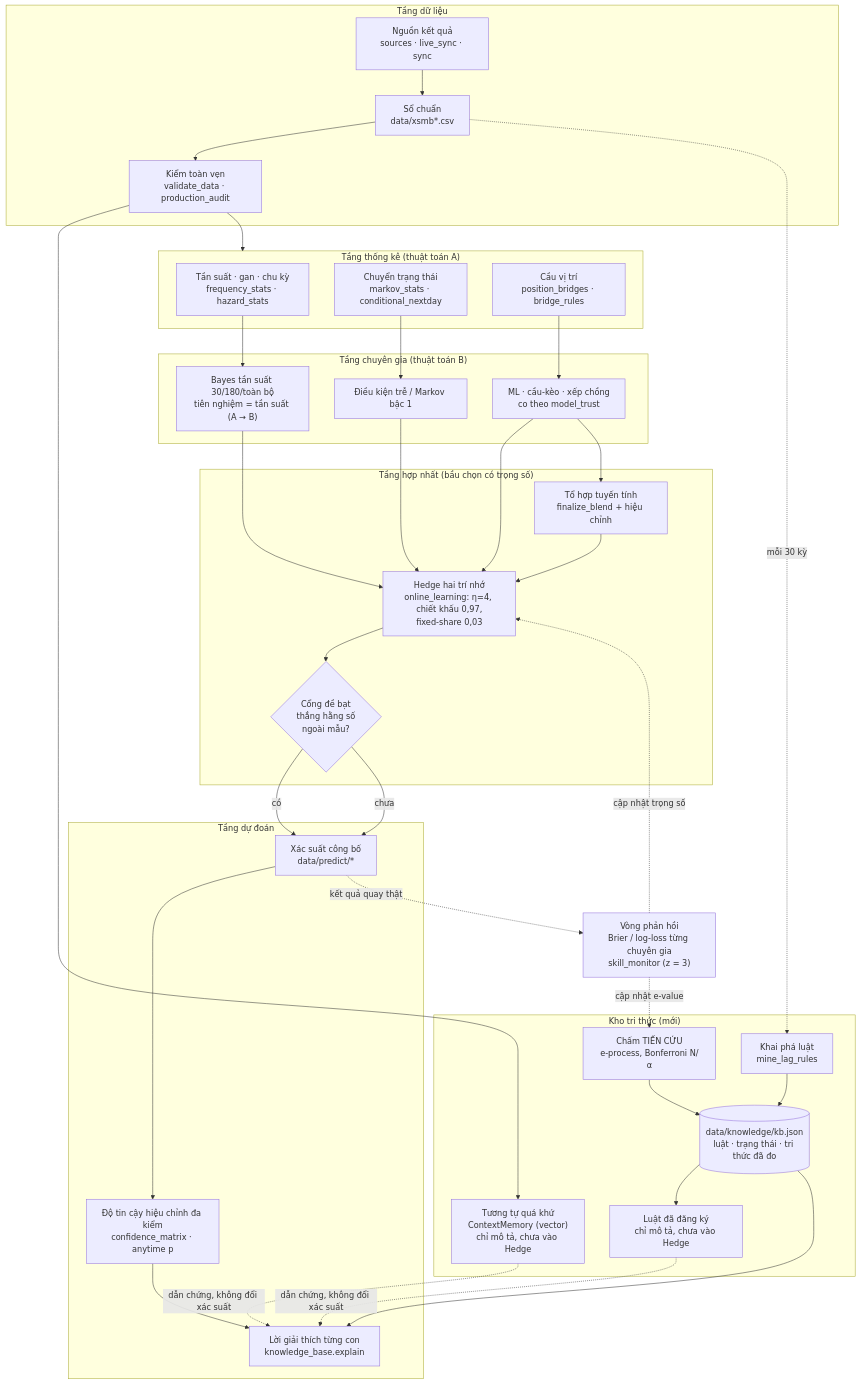
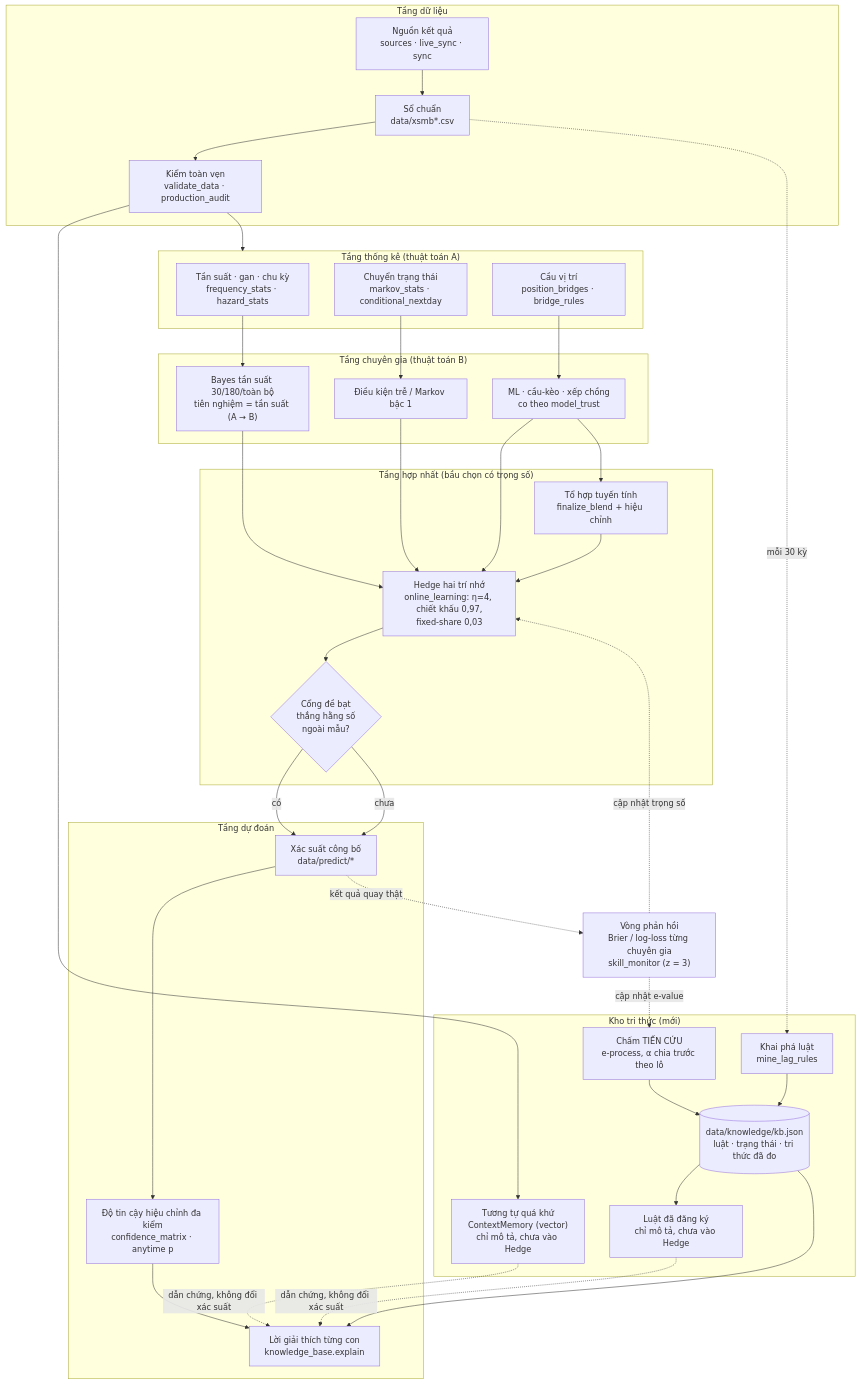
One commit to beuvivu/VLA changed the first of 2 diagrams in documentation/architecture/2026-10-13-he-suy-luan-va-tu-hoc.md. Above: the diagram before and after it, drawn with Mermaid. The commit also changed other lines of this file and 4 other files, not shown here.

First line of the commit message:
Kho tri thức: α chia trước theo lô, 15 họ Confidence qua Holm trước khi gọi là bằng chứng

````diff
--- a/documentation/architecture/2026-10-13-he-suy-luan-va-tu-hoc.md
+++ b/documentation/architecture/2026-10-13-he-suy-luan-va-tu-hoc.md
@@ -32,59 +32,59 @@
 ```mermaid
 flowchart TD
     subgraph INGEST["Tầng dữ liệu"]
         SRC["Nguồn kết quả<br/>sources · live_sync · sync"] --> CANON["Sổ chuẩn<br/>data/xsmb*.csv"]
         CANON --> VALID["Kiểm toàn vẹn<br/>validate_data · production_audit"]
     end
 
     subgraph STATS["Tầng thống kê (thuật toán A)"]
         FREQ["Tần suất · gan · chu kỳ<br/>frequency_stats · hazard_stats"]
         MARKOV["Chuyển trạng thái<br/>markov_stats · conditional_nextday"]
         BRIDGE["Cầu vị trí<br/>position_bridges · bridge_rules"]
     end
 
     subgraph EXPERTS["Tầng chuyên gia (thuật toán B)"]
         BAYES["Bayes tần suất 30/180/toàn bộ<br/>tiên nghiệm = tần suất (A → B)"]
         LAG["Điều kiện trễ / Markov bậc 1"]
         ML["ML · cầu-kèo · xếp chồng<br/>co theo model_trust"]
     end
 
     subgraph FUSE["Tầng hợp nhất (bầu chọn có trọng số)"]
         BLEND["Tổ hợp tuyến tính<br/>finalize_blend + hiệu chỉnh"]
         HEDGE["Hedge hai trí nhớ<br/>online_learning: η=4, chiết khấu 0,97,<br/>fixed-share 0,03"]
         GATE{"Cổng đề bạt<br/>thắng hằng số<br/>ngoài mẫu?"}
     end
 
     subgraph OUT["Tầng dự đoán"]
         PRED["Xác suất công bố<br/>data/predict/*"]
         CONF["Độ tin cậy hiệu chỉnh đa kiểm<br/>confidence_matrix · anytime p"]
         XAI["Lời giải thích từng con<br/>knowledge_base.explain"]
     end
 
     subgraph KB["Kho tri thức (mới)"]
         MINE["Khai phá luật<br/>mine_lag_rules"]
         STORE[("data/knowledge/kb.json<br/>luật · trạng thái · tri thức đã đo")]
-        SCORE["Chấm TIẾN CỨU<br/>e-process, Bonferroni N/α"]
+        SCORE["Chấm TIẾN CỨU<br/>e-process, α chia trước theo lô"]
         ANALOG["Tương tự quá khứ<br/>ContextMemory (vector)<br/>chỉ mô tả, chưa vào Hedge"]
         RULES["Luật đã đăng ký<br/>chỉ mô tả, chưa vào Hedge"]
     end
 
     VALID --> STATS
     FREQ --> BAYES
     MARKOV --> LAG
     BRIDGE --> ML
     VALID --> ANALOG
     MINE --> STORE --> RULES
     BAYES & LAG & ML --> HEDGE
     ML --> BLEND --> HEDGE
     HEDGE --> GATE
     GATE -- "có" --> PRED
     GATE -- "chưa" --> PRED
     PRED --> CONF --> XAI
     STORE --> XAI
     ANALOG & RULES -. "dẫn chứng, không đổi xác suất" .-> XAI
 
     PRED -. "kết quả quay thật" .-> FEEDBACK["Vòng phản hồi<br/>Brier / log-loss từng chuyên gia<br/>skill_monitor (z = 3)"]
     FEEDBACK -. "cập nhật trọng số" .-> HEDGE
     FEEDBACK -. "cập nhật e-value" .-> SCORE --> STORE
     CANON -. "mỗi 30 kỳ" .-> MINE
 ```
````
